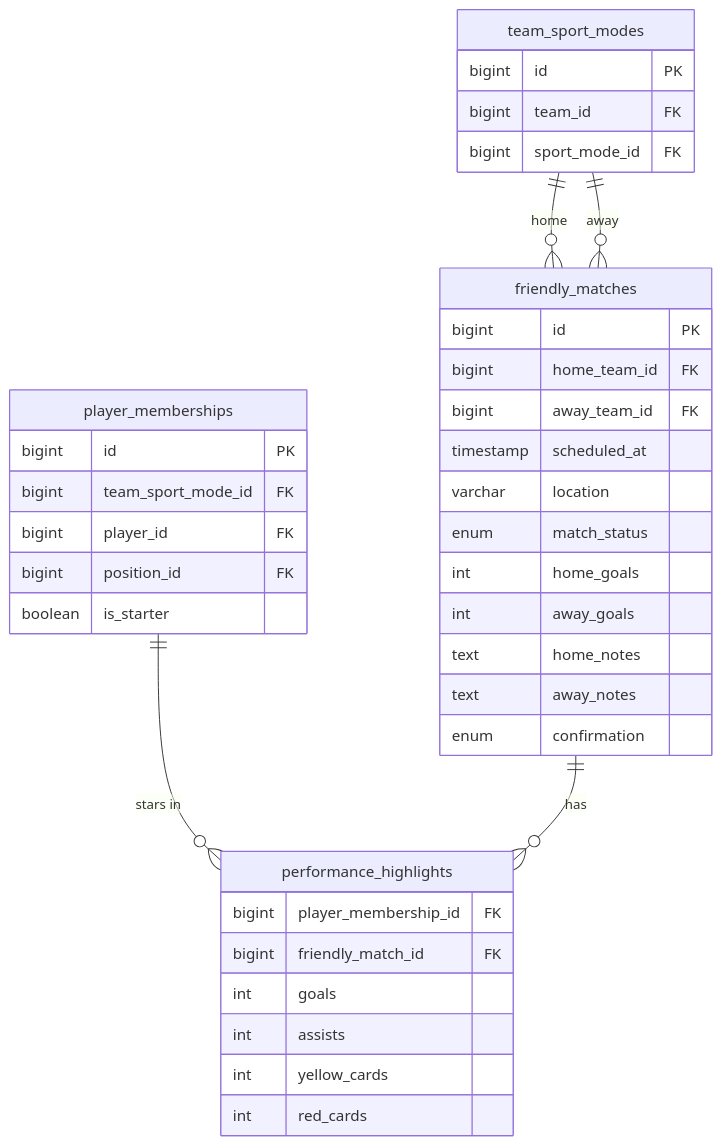
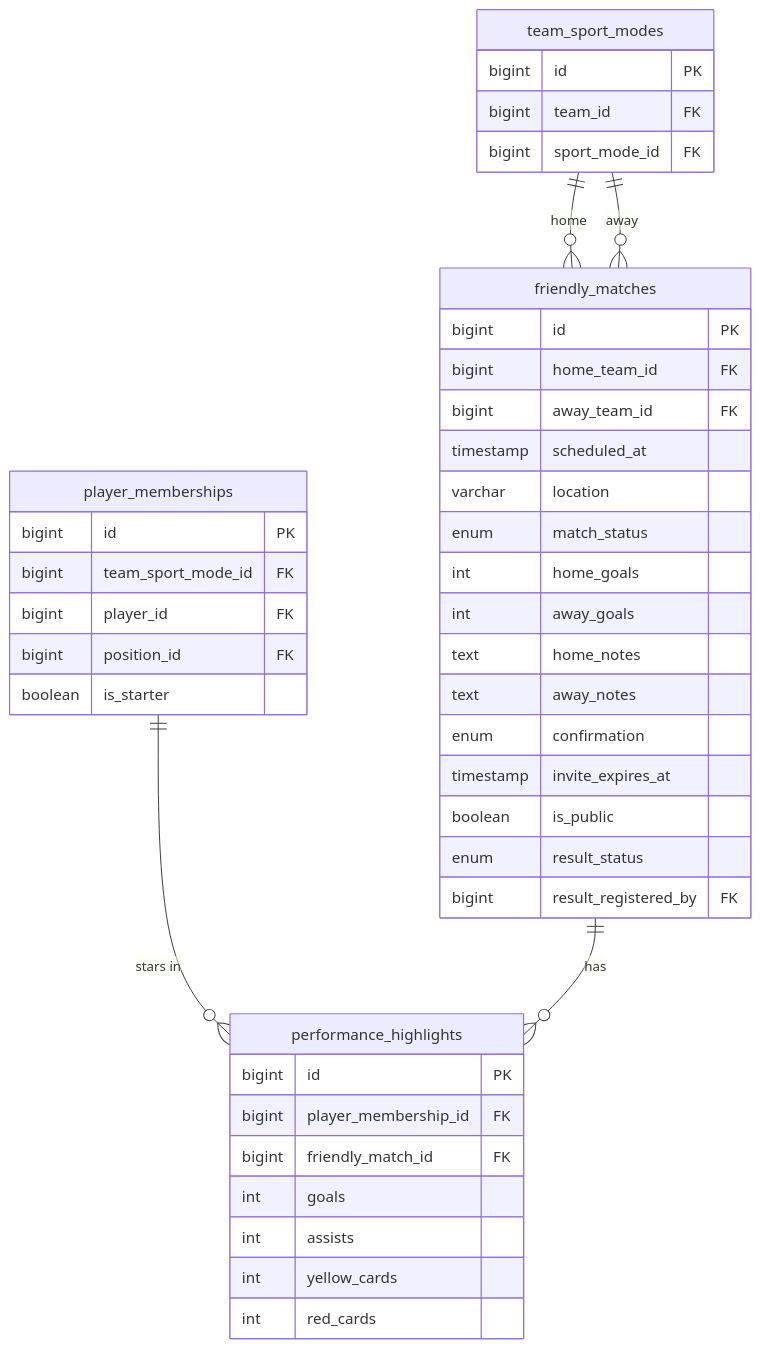
Before and after one commit to marcospfms/myclub-core: the fifth of 7 diagrams in docs/database/schema.md, drawn with Mermaid. The commit also changed other lines of this file and 7 other files, not shown here.

````diff
--- a/docs/database/schema.md
+++ b/docs/database/schema.md
@@ -722,41 +805,46 @@
 ```mermaid
 erDiagram
     team_sport_modes {
         bigint id PK
         bigint team_id FK
         bigint sport_mode_id FK
     }
     friendly_matches {
         bigint id PK
         bigint home_team_id FK
         bigint away_team_id FK
         timestamp scheduled_at
         varchar location
         enum match_status
         int home_goals
         int away_goals
         text home_notes
         text away_notes
         enum confirmation
+        timestamp invite_expires_at
+        boolean is_public
+        enum result_status
+        bigint result_registered_by FK
     }
     player_memberships {
         bigint id PK
         bigint team_sport_mode_id FK
         bigint player_id FK
         bigint position_id FK
         boolean is_starter
     }
     performance_highlights {
+        bigint id PK
         bigint player_membership_id FK
         bigint friendly_match_id FK
         int goals
         int assists
         int yellow_cards
         int red_cards
     }
 
     team_sport_modes ||--o{ friendly_matches : "home"
     team_sport_modes ||--o{ friendly_matches : "away"
     player_memberships ||--o{ performance_highlights : "stars in"
     friendly_matches ||--o{ performance_highlights : "has"
 ```
````
